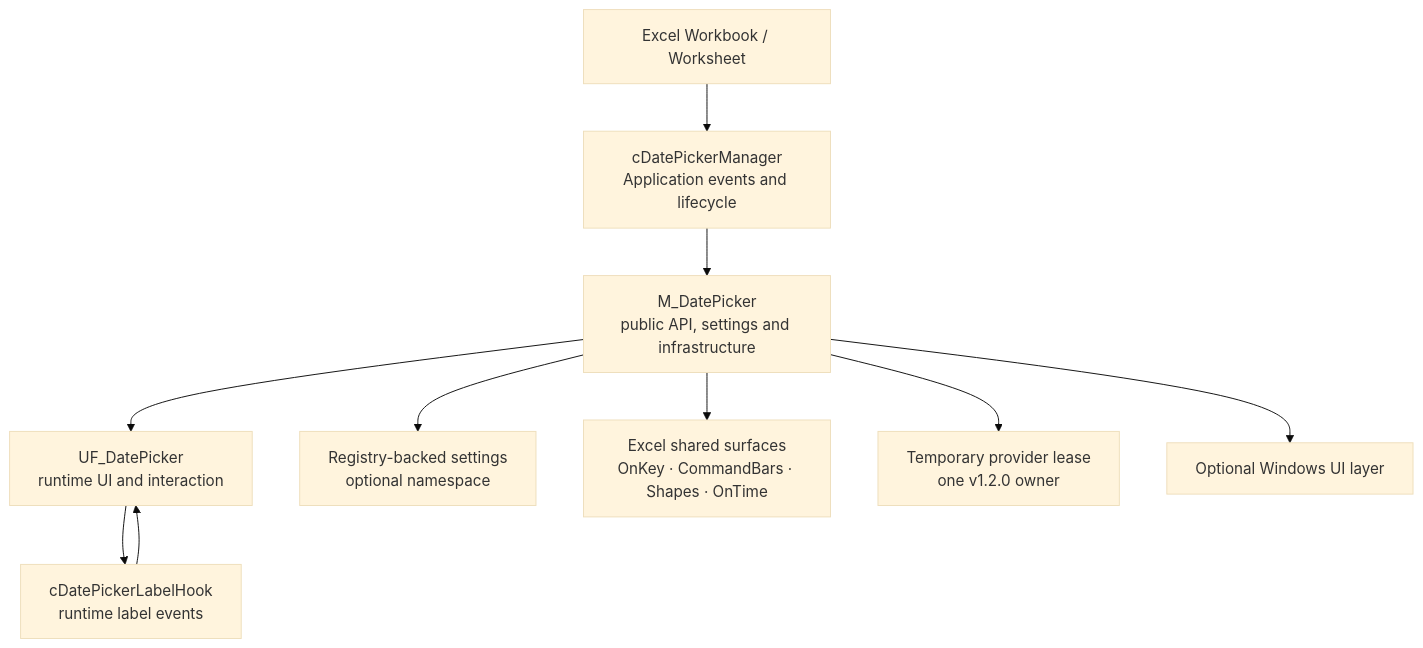
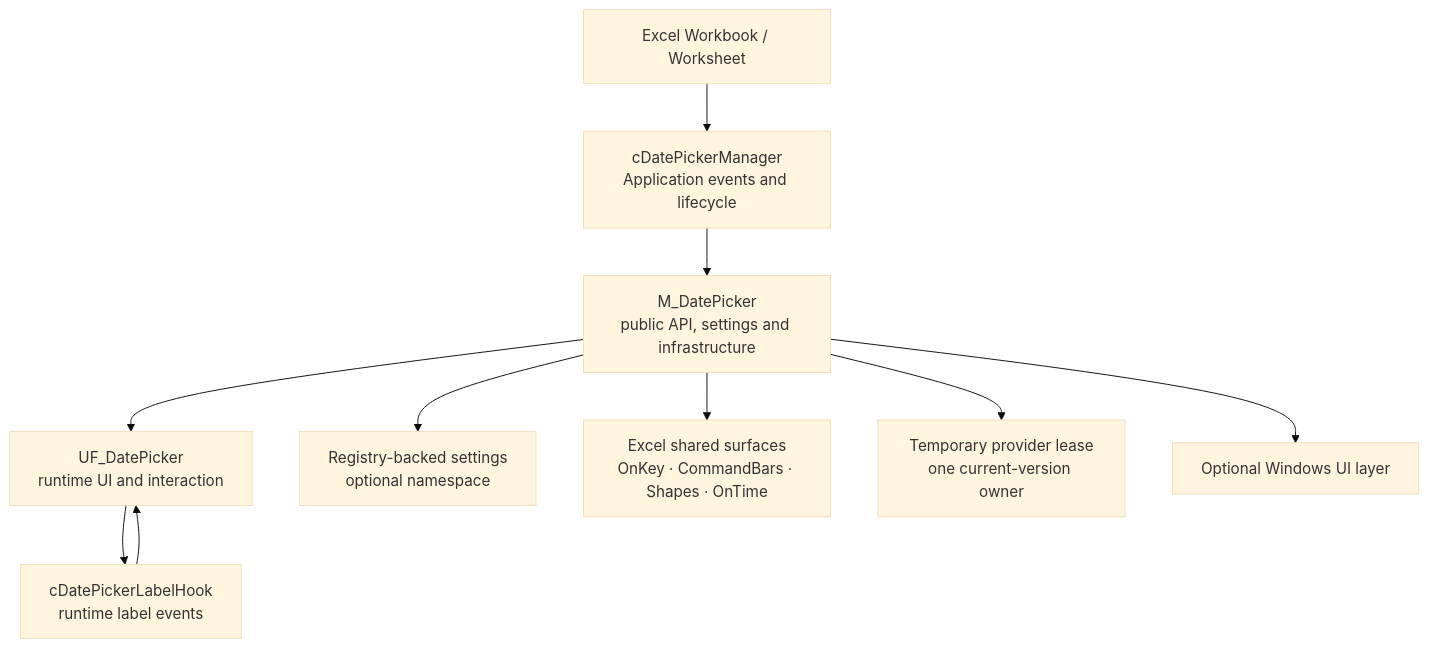
One commit to danielep71/VBA-DATETIMEPICKER changed the diagram in README.md. Above: the diagram before and after it, drawn with Mermaid (base theme). The commit also changed other lines of this file and 4 other files, not shown here.

````diff
--- a/README.md
+++ b/README.md
@@ -918,22 +918,22 @@
 ```mermaid
 flowchart TD
     EXCEL[Excel Workbook / Worksheet]
     MANAGER[cDatePickerManager<br/>Application events and lifecycle]
     MODULE[M_DatePicker<br/>public API, settings and infrastructure]
     FORM[UF_DatePicker<br/>runtime UI and interaction]
     HOOKS[cDatePickerLabelHook<br/>runtime label events]
     SETTINGS[Registry-backed settings<br/>optional namespace]
     SURFACES[Excel shared surfaces<br/>OnKey · CommandBars · Shapes · OnTime]
-    LEASE[Temporary provider lease<br/>one v1.2.0 owner]
+    LEASE[Temporary provider lease<br/>one current-version owner]
     WINAPI[Optional Windows UI layer]
 
     EXCEL --> MANAGER
     MANAGER --> MODULE
     MODULE --> FORM
     FORM --> HOOKS
     HOOKS --> FORM
     MODULE --> SETTINGS
     MODULE --> SURFACES
     MODULE --> LEASE
     MODULE --> WINAPI
 ```
````
